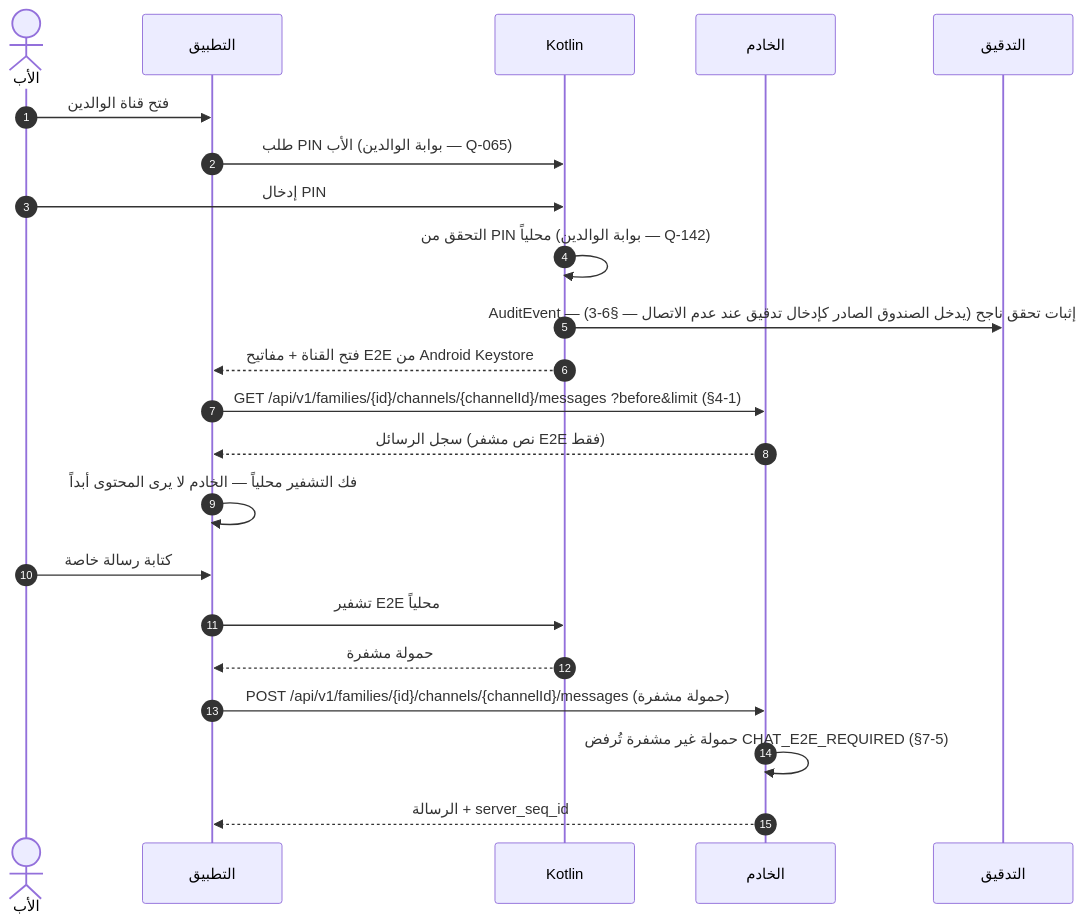
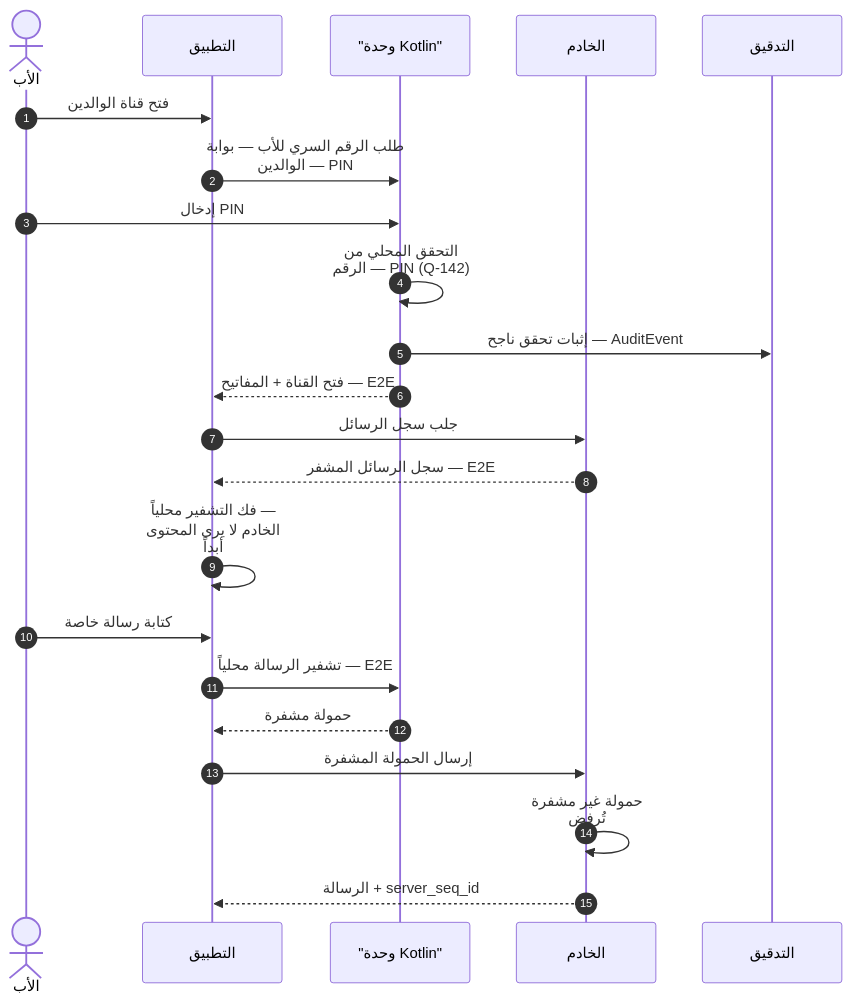
One commit to Bassam-mohammed-alqaeadi/family-os-v2 changed the seventh of 27 diagrams in docs/family-os/governance/phases/phase-1/S1-08-chat-basic/DIAGRAMS.md. Above: the diagram before and after it, drawn with Mermaid. The commit also changed other lines of this file, not shown here.

Commit message:
دفعة الشكل 2 — S1-08: التفاف التسلسلات + تقصير الرسائل + تقسيم حالات الاستخدام وDFD والنشاط (مخالفات 83 ← 0، فوق الحد 10 ← 0)

````diff
--- a/docs/family-os/governance/phases/phase-1/S1-08-chat-basic/DIAGRAMS.md
+++ b/docs/family-os/governance/phases/phase-1/S1-08-chat-basic/DIAGRAMS.md
@@ -239,24 +335,25 @@
 ```mermaid
+%%{init: {"sequence": {"wrap": true}}}%%
 sequenceDiagram
     autonumber
     actor Father as الأب
     participant App as التطبيق
-    participant K as Kotlin
+    participant K as "وحدة Kotlin"
     participant Ktor as الخادم
     participant Audit as التدقيق
     Father->>App: فتح قناة الوالدين
-    App->>K: طلب PIN الأب (بوابة الوالدين — Q-065)
+    App->>K: طلب الرقم السري للأب — بوابة الوالدين — PIN
     Father->>K: إدخال PIN
-    K->>K: التحقق من PIN محلياً (بوابة الوالدين — Q-142)
-    K->>Audit: AuditEvent — إثبات تحقق ناجح (يدخل الصندوق الصادر كإدخال تدقيق عند عدم الاتصال — §6-3)
-    K-->>App: فتح القناة + مفاتيح E2E من Android Keystore
-    App->>Ktor: GET /api/v1/families/{id}/channels/{channelId}/messages ?before&limit (§4-1)
-    Ktor-->>App: سجل الرسائل (نص مشفر E2E فقط)
+    K->>K: التحقق المحلي من الرقم — PIN (Q-142)
+    K->>Audit: إثبات تحقق ناجح — AuditEvent
+    K-->>App: فتح القناة + المفاتيح — E2E
+    App->>Ktor: جلب سجل الرسائل
+    Ktor-->>App: سجل الرسائل المشفر — E2E
     App->>App: فك التشفير محلياً — الخادم لا يرى المحتوى أبداً
     Father->>App: كتابة رسالة خاصة
-    App->>K: تشفير E2E محلياً
+    App->>K: تشفير الرسالة محلياً — E2E
     K-->>App: حمولة مشفرة
-    App->>Ktor: POST /api/v1/families/{id}/channels/{channelId}/messages (حمولة مشفرة)
-    Ktor->>Ktor: حمولة غير مشفرة تُرفض CHAT_E2E_REQUIRED (§7-5)
+    App->>Ktor: إرسال الحمولة المشفرة
+    Ktor->>Ktor: حمولة غير مشفرة تُرفض
     Ktor-->>App: الرسالة + server_seq_id
 ```
````
